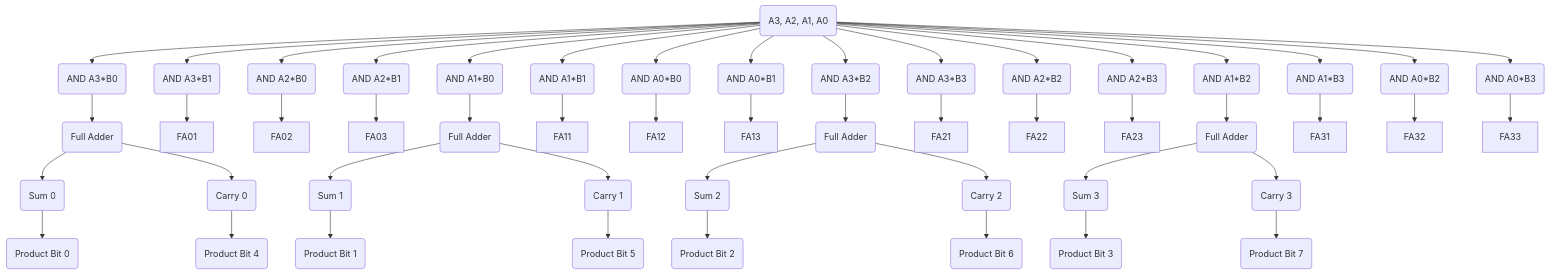
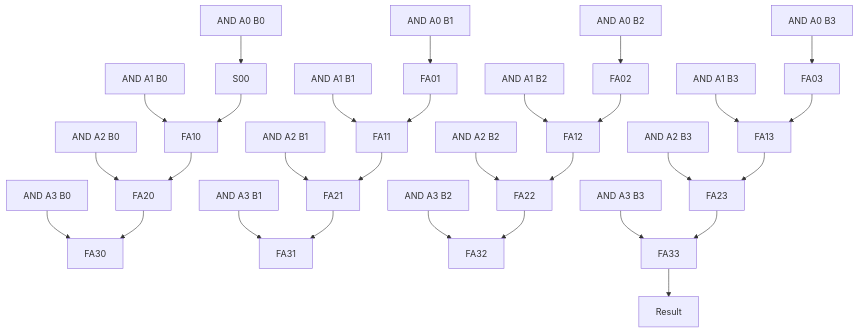
One commit to GnahsLliw/tt09-A-1-array-multiplier changed the diagram in docs/info.md. Above: the diagram before and after it, drawn with Mermaid.

````diff
--- a/docs/info.md
+++ b/docs/info.md
@@ -13,64 +13,45 @@
 ```mermaid
-graph TB
-  %% Inputs
-  A(A3, A2, A1, A0) --> P00(AND A3*B0)
-  A --> P01(AND A2*B0)
-  A --> P02(AND A1*B0)
-  A --> P03(AND A0*B0)
+graph TD
+  %% Layer 1: Partial Product Generation using AND Gates
+  A0B0[AND A0 B0] --> S00
+  A0B1[AND A0 B1] --> FA01
+  A0B2[AND A0 B2] --> FA02
+  A0B3[AND A0 B3] --> FA03
 
-  A --> P10(AND A3*B1)
-  A --> P11(AND A2*B1)
-  A --> P12(AND A1*B1)
-  A --> P13(AND A0*B1)
+  A1B0[AND A1 B0] --> FA10
+  A1B1[AND A1 B1] --> FA11
+  A1B2[AND A1 B2] --> FA12
+  A1B3[AND A1 B3] --> FA13
 
-  A --> P20(AND A3*B2)
-  A --> P21(AND A2*B2)
-  A --> P22(AND A1*B2)
-  A --> P23(AND A0*B2)
+  A2B0[AND A2 B0] --> FA20
+  A2B1[AND A2 B1] --> FA21
+  A2B2[AND A2 B2] --> FA22
+  A2B3[AND A2 B3] --> FA23
 
-  A --> P30(AND A3*B3)
-  A --> P31(AND A2*B3)
-  A --> P32(AND A1*B3)
-  A --> P33(AND A0*B3)
+  A3B0[AND A3 B0] --> FA30
+  A3B1[AND A3 B1] --> FA31
+  A3B2[AND A3 B2] --> FA32
+  A3B3[AND A3 B3] --> FA33
 
-  %% Full Adders
-  P00 --> FA00(Full Adder)
-  P10 --> FA01
-  P01 --> FA02
-  P11 --> FA03
-  FA00 --> Sum0(Sum 0)
+  %% Layer 2: First Row of Additions
+  S00 --> FA10
+  FA01 --> FA11
+  FA02 --> FA12
+  FA03 --> FA13
 
-  P02 --> FA10(Full Adder)
-  P12 --> FA11
-  P03 --> FA12
-  P13 --> FA13
-  FA10 --> Sum1(Sum 1)
+  %% Layer 3: Second Row of Additions
+  FA10 --> FA20
+  FA11 --> FA21
+  FA12 --> FA22
+  FA13 --> FA23
 
-  P20 --> FA20(Full Adder)
-  P30 --> FA21
-  P21 --> FA22
-  P31 --> FA23
-  FA20 --> Sum2(Sum 2)
+  %% Layer 4: Third Row of Additions
+  FA20 --> FA30
+  FA21 --> FA31
+  FA22 --> FA32
+  FA23 --> FA33
 
-  P22 --> FA30(Full Adder)
-  P32 --> FA31
-  P23 --> FA32
-  P33 --> FA33
-  FA30 --> Sum3(Sum 3)
-
-  %% Output connections
-  Sum0 --> P0(Product Bit 0)
-  Sum1 --> P1(Product Bit 1)
-  Sum2 --> P2(Product Bit 2)
-  Sum3 --> P3(Product Bit 3)
-  FA00 --> Carry0(Carry 0)
-  FA10 --> Carry1(Carry 1)
-  FA20 --> Carry2(Carry 2)
-  FA30 --> Carry3(Carry 3)
-  Carry0 --> P4(Product Bit 4)
-  Carry1 --> P5(Product Bit 5)
-  Carry2 --> P6(Product Bit 6)
-  Carry3 --> P7(Product Bit 7)
-
+  %% Output Connections
+  FA33 --> Result
 
 ```
````
